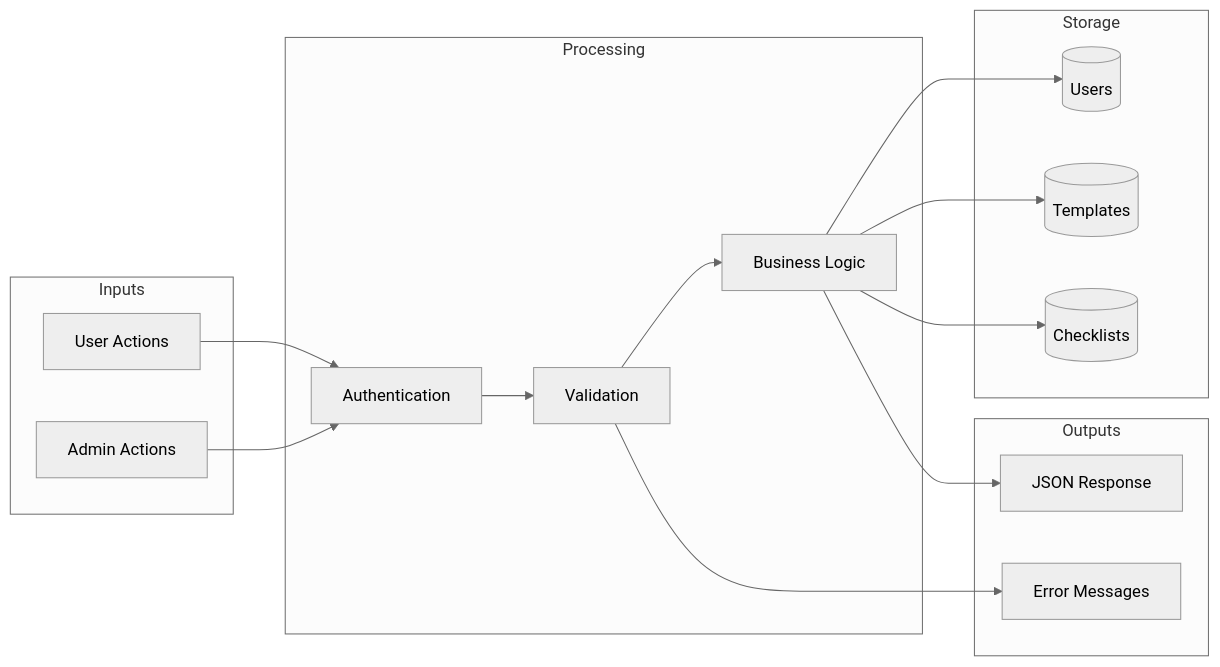
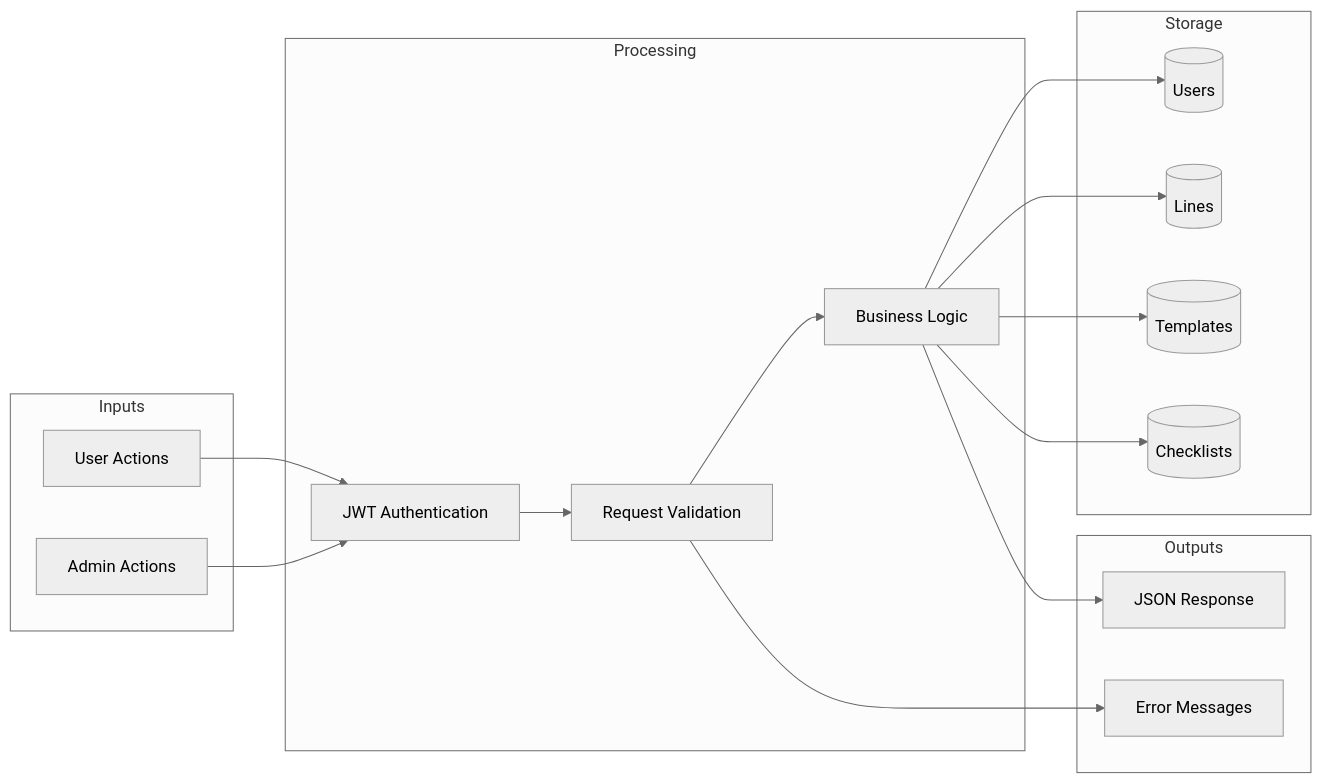
The fourth of 4 diagrams in wiki/2-Technical-Blueprints-Backend.md (RoshanSanjeev7/GalloSanitizationMVP), drawn with Mermaid (neutral theme) before and after one commit. The commit also changed other lines of this file and 38 other files, not shown here.

````diff
--- a/wiki/2-Technical-Blueprints-Backend.md
+++ b/wiki/2-Technical-Blueprints-Backend.md
@@ -564,34 +664,36 @@
 ```mermaid
 flowchart LR
     subgraph Inputs
         User[User Actions]
         Admin[Admin Actions]
     end
 
     subgraph Processing
-        Auth[Authentication]
-        Valid[Validation]
+        Auth[JWT Authentication]
+        Valid[Request Validation]
         Logic[Business Logic]
     end
 
     subgraph Storage
         Users[(Users)]
+        Lines[(Lines)]
         Templates[(Templates)]
         Checklists[(Checklists)]
     end
 
     subgraph Outputs
         JSON[JSON Response]
         Error[Error Messages]
     end
 
     User --> Auth
     Admin --> Auth
     Auth --> Valid
     Valid --> Logic
     Logic --> Users
+    Logic --> Lines
     Logic --> Templates
     Logic --> Checklists
     Logic --> JSON
     Valid --> Error
 ```
````
